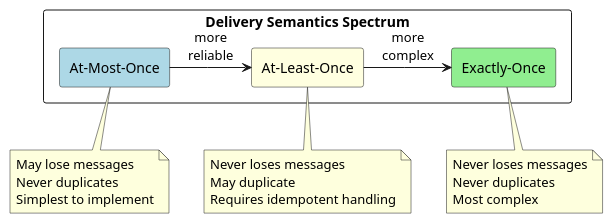
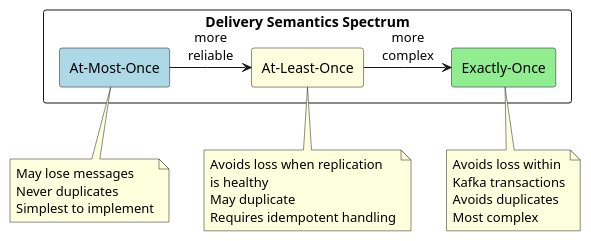
One commit to axonops/documentation changed the first of 10 diagrams in docs/data-platforms/kafka/concepts/delivery-semantics/index.md. Above: the diagram before and after it, drawn with PlantUML. The commit also changed other lines of this file and 13 other files, not shown here.

````diff
--- a/docs/data-platforms/kafka/concepts/delivery-semantics/index.md
+++ b/docs/data-platforms/kafka/concepts/delivery-semantics/index.md
@@ -19,32 +19,34 @@
 ```plantuml
 @startuml
 
 rectangle "Delivery Semantics Spectrum" {
   rectangle "At-Most-Once" as amo #lightblue
   rectangle "At-Least-Once" as alo #lightyellow
   rectangle "Exactly-Once" as eo #lightgreen
 
   amo -right-> alo : more\nreliable
   alo -right-> eo : more\ncomplex
 }
 
 note bottom of amo
   May lose messages
   Never duplicates
   Simplest to implement
 end note
 
 note bottom of alo
-  Never loses messages
+  Avoids loss when replication
+  is healthy
   May duplicate
   Requires idempotent handling
 end note
 
 note bottom of eo
-  Never loses messages
-  Never duplicates
+  Avoids loss within
+  Kafka transactions
+  Avoids duplicates
   Most complex
 end note
 
 @enduml
 ```
````
